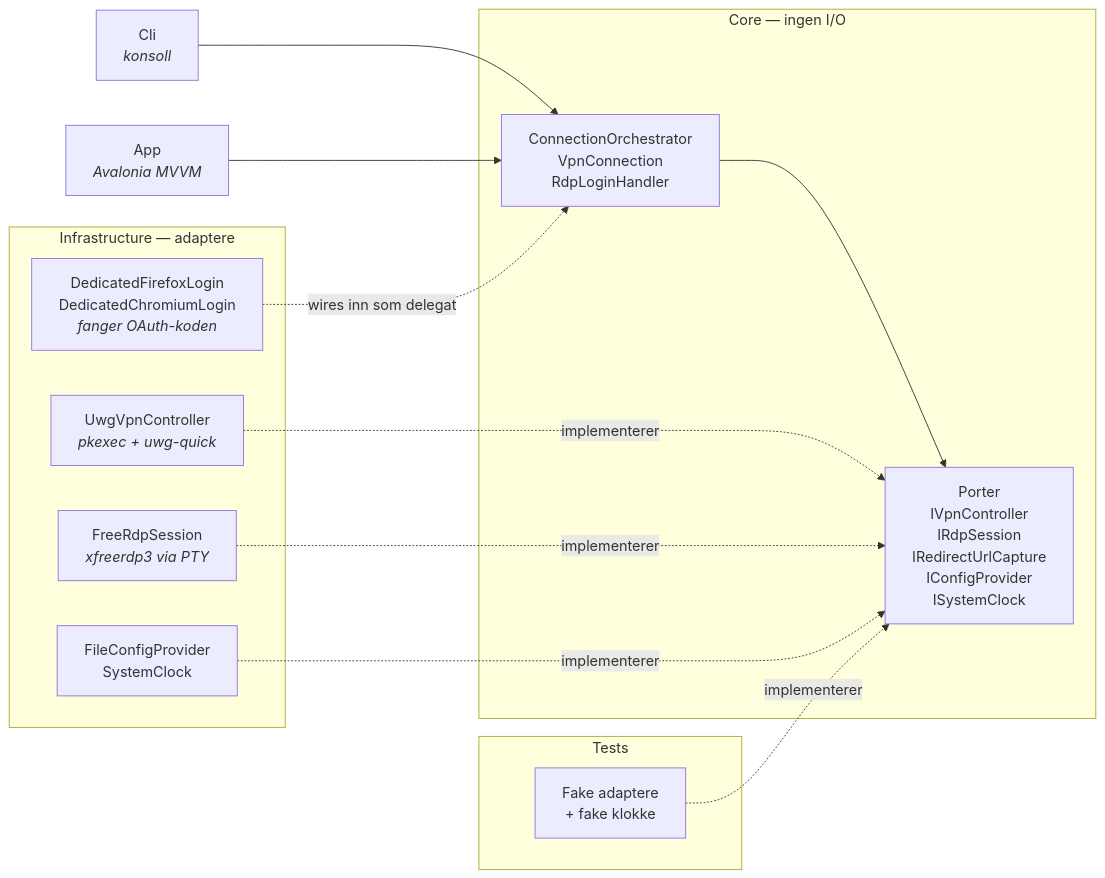
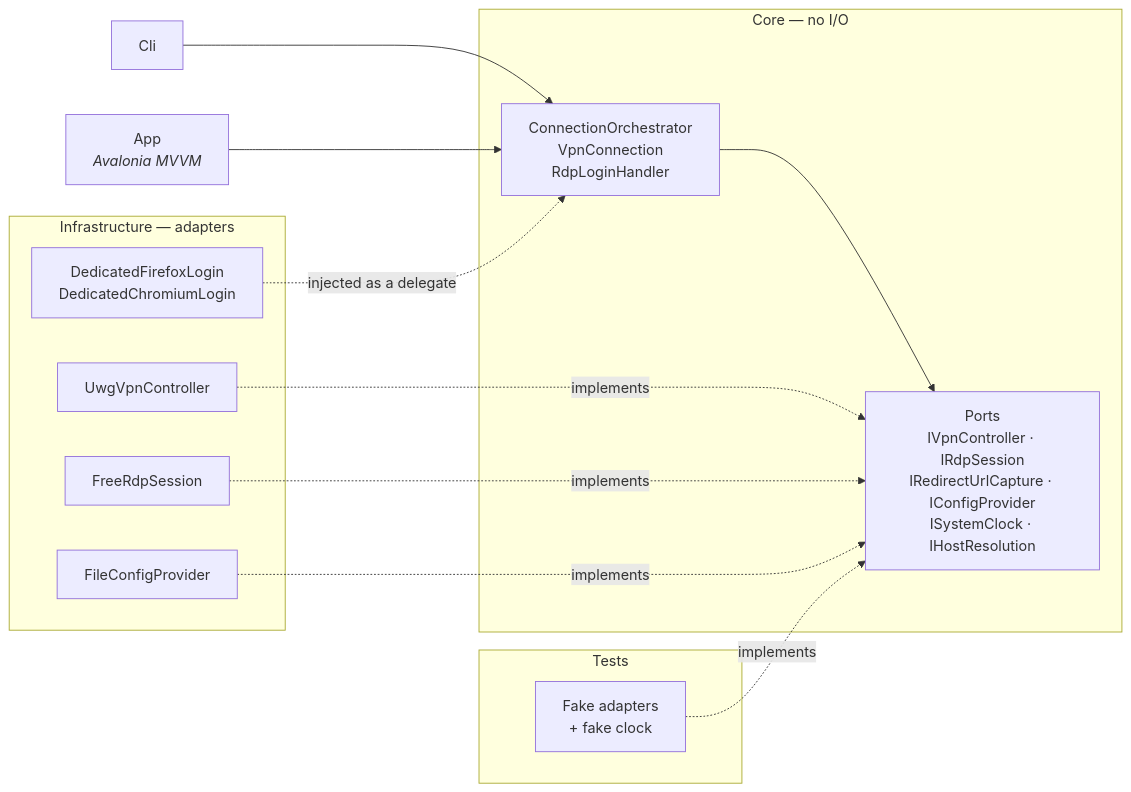
One commit to Rune-Pune/entra-rdp-connect changed the second of 2 diagrams in README.md. Above: the diagram before and after it, drawn with Mermaid. The commit also changed other lines of this file and 2 other files, not shown here.

````diff
--- a/README.md
+++ b/README.md
@@ -240,28 +146,28 @@
 ```mermaid
 flowchart LR
-    CLI["Cli<br/><i>konsoll</i>"] --> ORCH
+    CLI["Cli"] --> ORCH
     GUI["App<br/><i>Avalonia MVVM</i>"] --> ORCH
 
-    subgraph CORE ["Core — ingen I/O"]
+    subgraph CORE ["Core — no I/O"]
         ORCH["ConnectionOrchestrator<br/>VpnConnection<br/>RdpLoginHandler"]
-        PORTS["Porter<br/>IVpnController<br/>IRdpSession<br/>IRedirectUrlCapture<br/>IConfigProvider<br/>ISystemClock"]
+        PORTS["Ports<br/>IVpnController · IRdpSession<br/>IRedirectUrlCapture · IConfigProvider<br/>ISystemClock · IHostResolution"]
         ORCH --> PORTS
     end
 
-    subgraph INFRA ["Infrastructure — adaptere"]
-        VPN["UwgVpnController<br/><i>pkexec + uwg-quick</i>"]
-        RDP["FreeRdpSession<br/><i>xfreerdp3 via PTY</i>"]
-        LOGIN["DedicatedFirefoxLogin<br/>DedicatedChromiumLogin<br/><i>fanger OAuth-koden</i>"]
-        CFG["FileConfigProvider<br/>SystemClock"]
+    subgraph INFRA ["Infrastructure — adapters"]
+        VPN["UwgVpnController"]
+        RDP["FreeRdpSession"]
+        LOGIN["DedicatedFirefoxLogin<br/>DedicatedChromiumLogin"]
+        CFG["FileConfigProvider"]
     end
 
     subgraph TEST ["Tests"]
-        FAKES["Fake adaptere<br/>+ fake klokke"]
+        FAKES["Fake adapters<br/>+ fake clock"]
     end
 
-    VPN -.implementerer.-> PORTS
-    RDP -.implementerer.-> PORTS
-    LOGIN -.wires inn som delegat.-> ORCH
-    CFG -.implementerer.-> PORTS
-    FAKES -.implementerer.-> PORTS
+    VPN -.implements.-> PORTS
+    RDP -.implements.-> PORTS
+    CFG -.implements.-> PORTS
+    FAKES -.implements.-> PORTS
+    LOGIN -.injected as a delegate.-> ORCH
 ```
````
